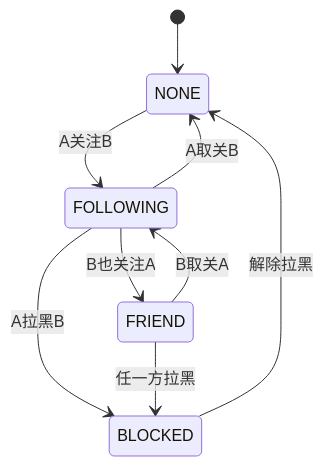
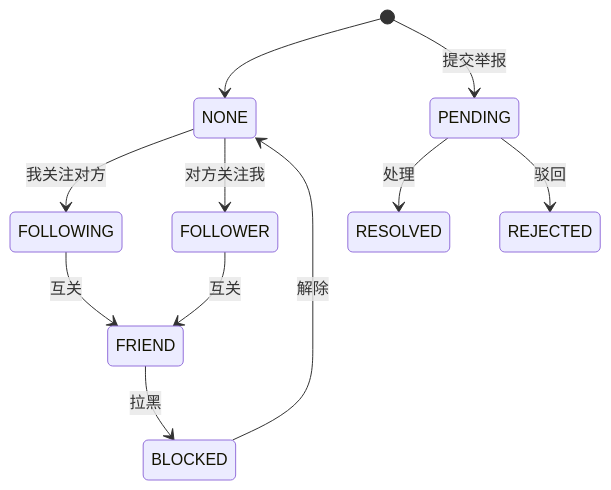
One commit to oliviawxx/whucircle changed the tenth of 10 diagrams in WHU_Circle_需求建模文档.md. Above: the diagram before and after it, drawn with Mermaid. The commit also changed other lines of this file and 16 other files, not shown here.

````diff
--- a/WHU_Circle_需求建模文档.md
+++ b/WHU_Circle_需求建模文档.md
@@ -652,11 +224,13 @@
 ```mermaid
 stateDiagram-v2
     [*] --> NONE
-    NONE --> FOLLOWING: A关注B
-    FOLLOWING --> FRIEND: B也关注A
-    FRIEND --> FOLLOWING: B取关A
-    FOLLOWING --> NONE: A取关B
-    FOLLOWING --> BLOCKED: A拉黑B
-    FRIEND --> BLOCKED: 任一方拉黑
-    BLOCKED --> NONE: 解除拉黑
+    NONE --> FOLLOWING: 我关注对方
+    NONE --> FOLLOWER: 对方关注我
+    FOLLOWING --> FRIEND: 互关
+    FOLLOWER --> FRIEND: 互关
+    FRIEND --> BLOCKED: 拉黑
+    BLOCKED --> NONE: 解除
+    [*] --> PENDING: 提交举报
+    PENDING --> RESOLVED: 处理
+    PENDING --> REJECTED: 驳回
 ```
````
